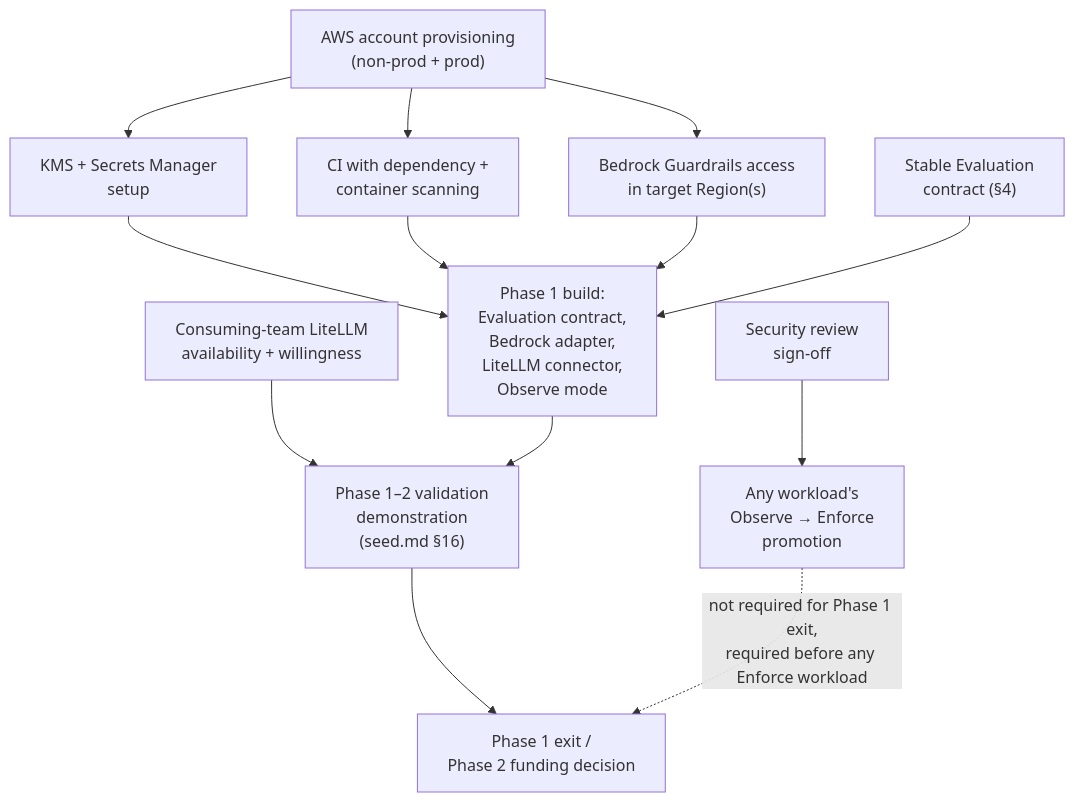
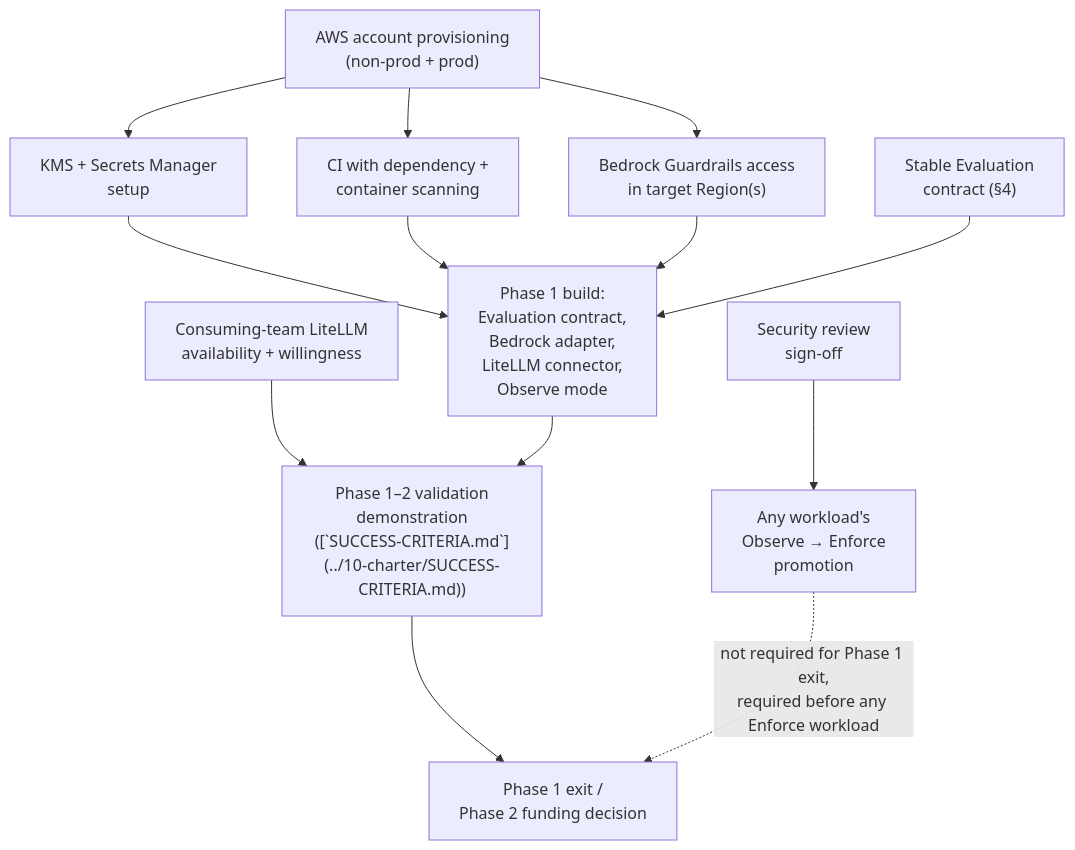
Before and after one commit to veglezMX/guardrails: the second of 2 diagrams in solution-docs/60-delivery/DEPENDENCIES.md, drawn with Mermaid. The commit also changed other lines of this file and 91 other files, not shown here.

````diff
--- a/solution-docs/60-delivery/DEPENDENCIES.md
+++ b/solution-docs/60-delivery/DEPENDENCIES.md
@@ -172,19 +172,19 @@
 ```mermaid
 flowchart TD
     ACC["AWS account provisioning\n(non-prod + prod)"] --> KMS["KMS + Secrets Manager\nsetup"]
     ACC --> CI["CI with dependency +\ncontainer scanning"]
     ACC --> BR["Bedrock Guardrails access\nin target Region(s)"]
 
     KMS --> P1["Phase 1 build:\nEvaluation contract,\nBedrock adapter,\nLiteLLM connector,\nObserve mode"]
     CI --> P1
     BR --> P1
     CONTRACT["Stable Evaluation\ncontract (§4)"] --> P1
 
-    LITELLM["Consuming-team LiteLLM\navailability + willingness"] --> DEMO["Phase 1–2 validation\ndemonstration\n(seed.md §16)"]
+ LITELLM["Consuming-team LiteLLM\navailability + willingness"] --> DEMO["Phase 1–2 validation\ndemonstration\n([`SUCCESS-CRITERIA.md`](../10-charter/SUCCESS-CRITERIA.md))"]
     P1 --> DEMO
 
     SEC["Security review\nsign-off"] --> ENFORCE["Any workload's\nObserve → Enforce\npromotion"]
 
     DEMO --> GATE["Phase 1 exit /\nPhase 2 funding decision"]
     ENFORCE -.->|"not required for Phase 1 exit,\nrequired before any Enforce workload"| GATE
 ```
````
